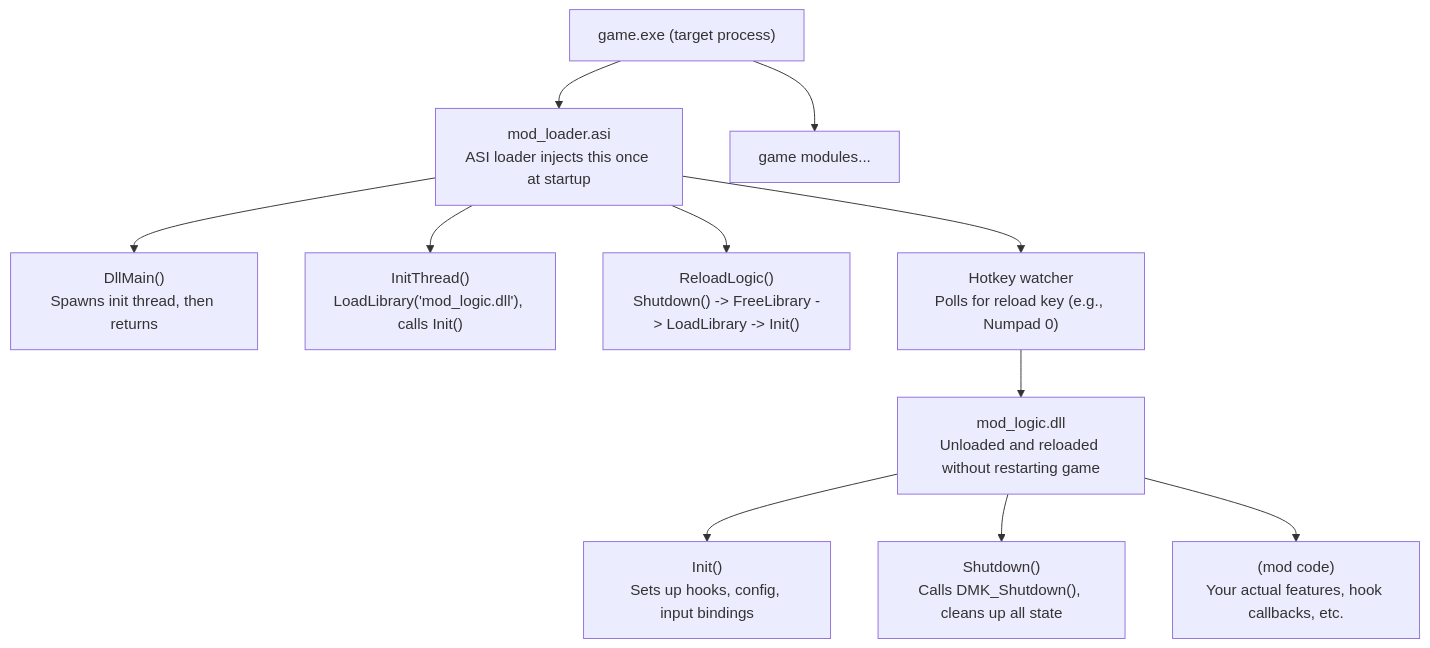
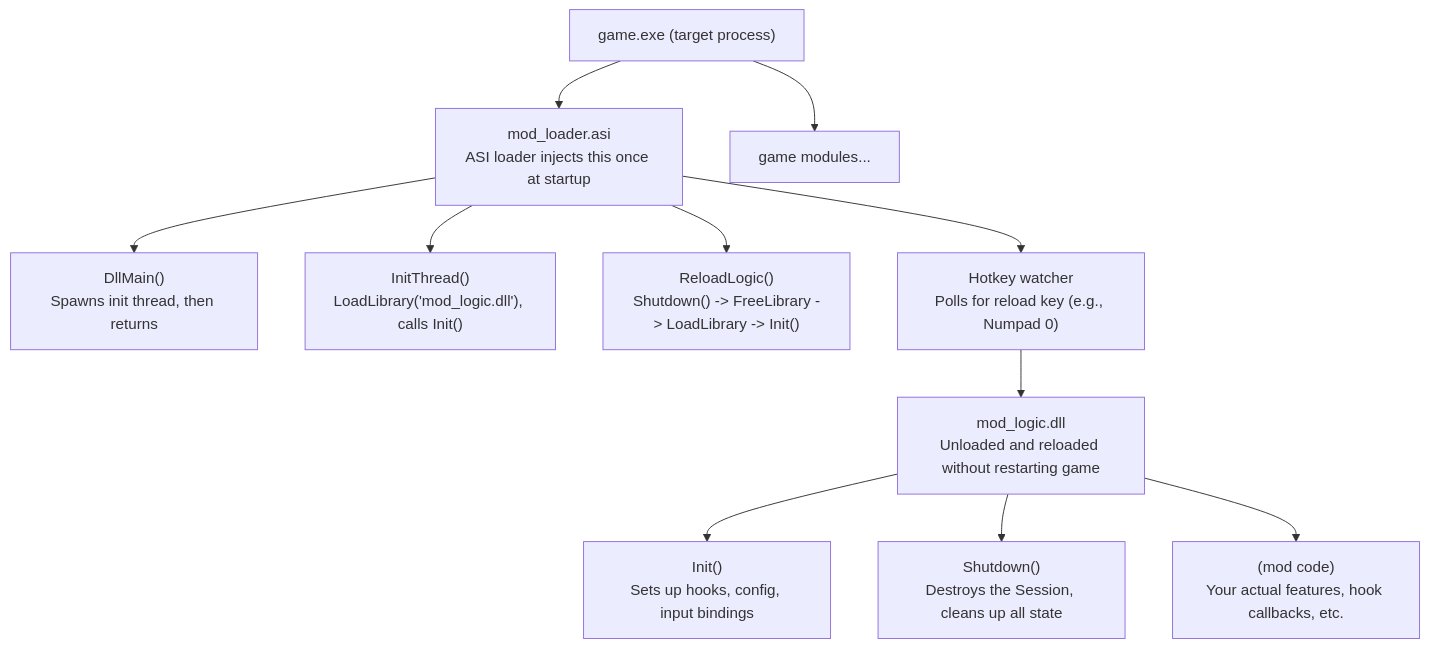
Before and after one commit to tkhquang/DetourModKit: the first of 2 diagrams in docs/hot-reload/README.md, drawn with Mermaid. The commit also changed other lines of this file and 21 other files, not shown here.

````diff
--- a/docs/hot-reload/README.md
+++ b/docs/hot-reload/README.md
@@ -26,25 +26,25 @@
 ```mermaid
 graph TD
     Game["game.exe (target process)"]
     Loader["mod_loader.asi<br/>ASI loader injects this once at startup"]
     DllMain["DllMain()<br/>Spawns init thread, then returns"]
     InitThread["InitThread()<br/>LoadLibrary('mod_logic.dll'), calls Init()"]
     ReloadLogic["ReloadLogic()<br/>Shutdown() -> FreeLibrary -> LoadLibrary -> Init()"]
     HotkeyWatcher["Hotkey watcher<br/>Polls for reload key (e.g., Numpad 0)"]
     LogicDLL["mod_logic.dll<br/>Unloaded and reloaded without restarting game"]
     Init["Init()<br/>Sets up hooks, config, input bindings"]
-    Shutdown["Shutdown()<br/>Calls DMK_Shutdown(), cleans up all state"]
+    Shutdown["Shutdown()<br/>Destroys the Session, cleans up all state"]
     ModCode["(mod code)<br/>Your actual features, hook callbacks, etc."]
     GameModules["game modules..."]
 
     Game --> Loader
     Loader --> DllMain
     Loader --> InitThread
     Loader --> ReloadLogic
     Loader --> HotkeyWatcher
     HotkeyWatcher --> LogicDLL
     LogicDLL --> Init
     LogicDLL --> Shutdown
     LogicDLL --> ModCode
     Game --> GameModules
 ```
````
